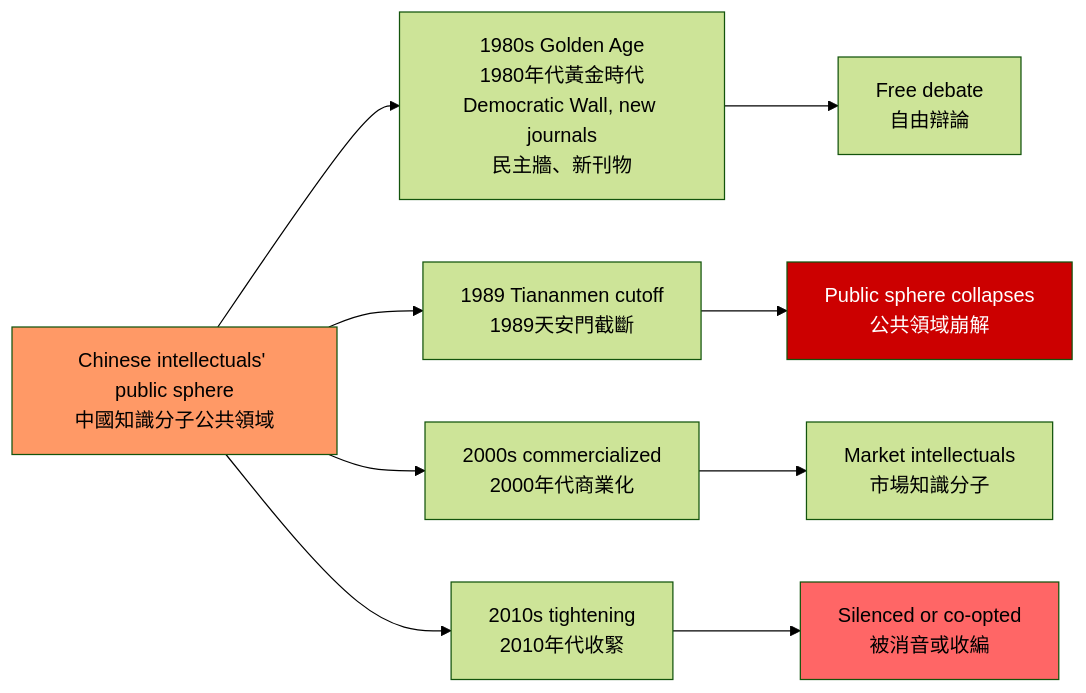
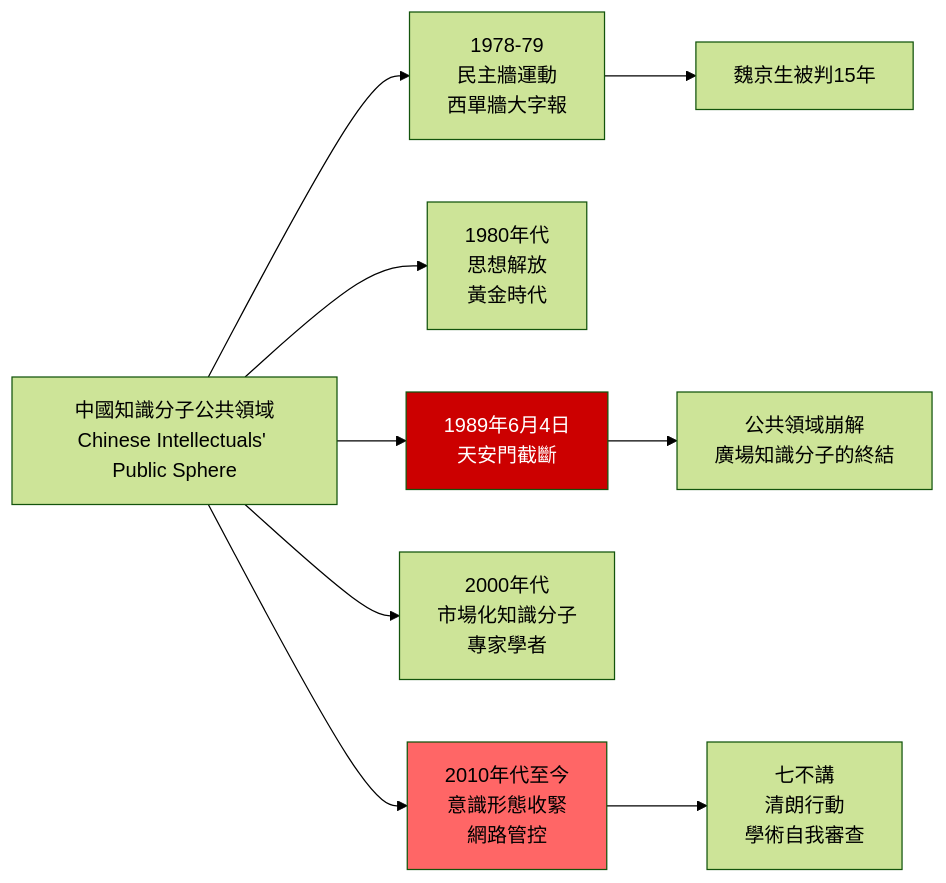
Before and after one commit to yip-lgtm/HKU-Harvard-History-Self-Study: the fifth of 5 diagrams in 01_HKU_Courses/HIST2068_Intellectual_History_Twentieth_Century_China.md, drawn with Mermaid (forest theme). The commit also changed other lines of this file and 22 other files, not shown here.

````diff
--- a/01_HKU_Courses/HIST2068_Intellectual_History_Twentieth_Century_China.md
+++ b/01_HKU_Courses/HIST2068_Intellectual_History_Twentieth_Century_China.md
@@ -157,16 +413,15 @@
 ```mermaid
 graph LR
-    A[Chinese intellectuals' public sphere<br/>中國知識分子公共領域] --> B[1980s Golden Age<br/>1980年代黃金時代<br/>Democratic Wall, new journals<br/>民主牆、新刊物]
-    A --> C[1989 Tiananmen cutoff<br/>1989天安門截斷]
-    A --> D[2000s commercialized<br/>2000年代商業化]
-    A --> E[2010s tightening<br/>2010年代收緊]
+    A[中國知識分子公共領域<br/>Chinese Intellectuals' Public Sphere] --> B[1978-79<br/>民主牆運動<br/>西單牆大字報]
+    A --> C[1980年代<br/>思想解放<br/>黃金時代]
+    A --> D[1989年6月4日<br/>天安門截斷]
+    A --> E[2000年代<br/>市場化知識分子<br/>專家學者]
+    A --> F[2010年代至今<br/>意識形態收緊<br/>網路管控]
     
-    B --> B1[Free debate<br/>自由辯論]
-    C --> C1[Public sphere collapses<br/>公共領域崩解]
-    D --> D1[Market intellectuals<br/>市場知識分子]
-    E --> E2[Silenced or co-opted<br/>被消音或收編]
+    B --> B1[魏京生被判15年]
+    D --> D1[公共領域崩解<br/>廣場知識分子的終結]
+    F --> F1[七不講<br/>清朗行動<br/>學術自我審查]
     
-    style A fill:#f96
-    style C1 fill:#c00,color:#fff
-    style E2 fill:#f66
+    style D fill:#c00,color:#fff
+    style F fill:#f66
 ```
````
